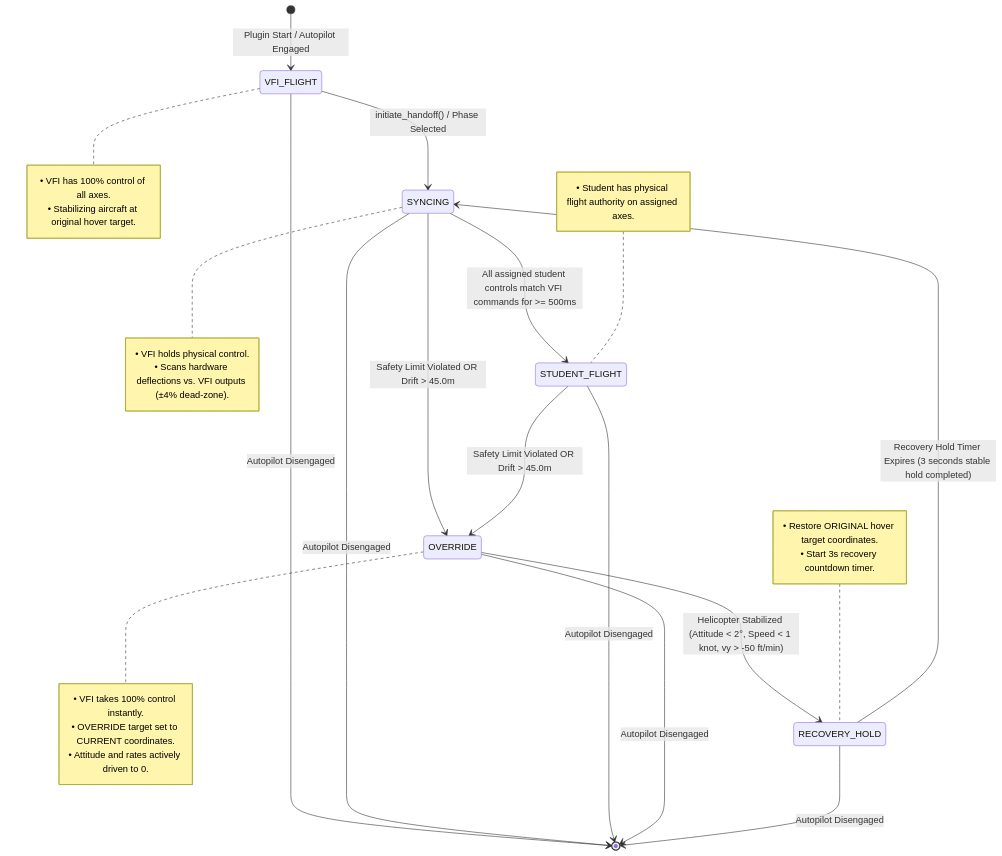
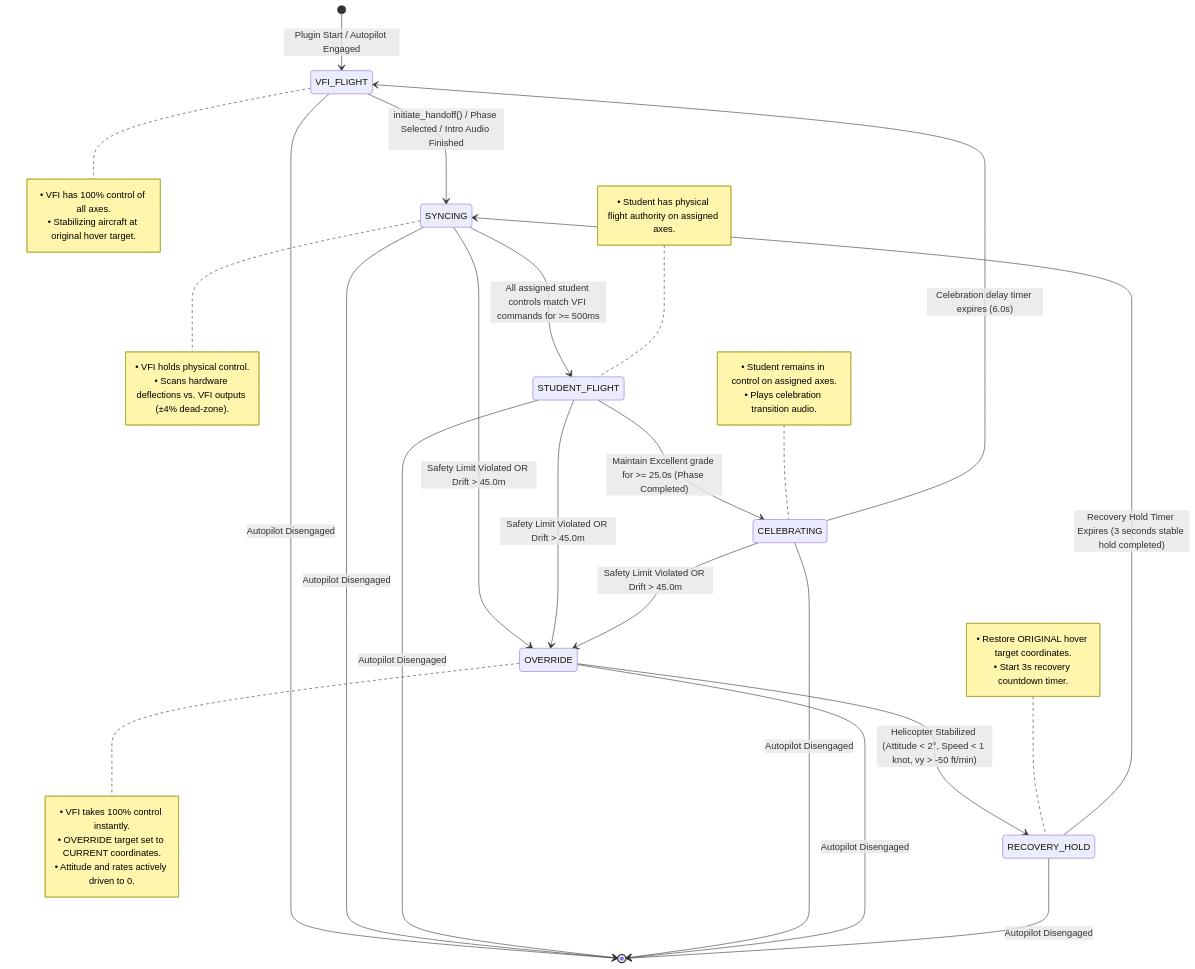
Before and after one commit to leczb/helicopter-instructor: the diagram in v2/docs/state_machine_diagram.md, drawn with Mermaid. The commit also changed other lines of this file and 2 other files, not shown here.

Commit message:
docs: update state machine diagram to reflect celebrating state (v2.1.66)

````diff
--- a/v2/docs/state_machine_diagram.md
+++ b/v2/docs/state_machine_diagram.md
@@ -9,42 +9,51 @@
 ```mermaid
 stateDiagram-v2
     [*] --> VFI_FLIGHT : Plugin Start / Autopilot Engaged
 
-    VFI_FLIGHT --> SYNCING : initiate_handoff() / Phase Selected
+    VFI_FLIGHT --> SYNCING : initiate_handoff() / Phase Selected / Intro Audio Finished
     note right of VFI_FLIGHT
         • VFI has 100% control of all axes.
         • Stabilizing aircraft at original hover target.
     end note
 
     SYNCING --> STUDENT_FLIGHT : All assigned student controls match VFI commands for >= 500ms
     SYNCING --> OVERRIDE : Safety Limit Violated OR Drift > 45.0m
     note right of SYNCING
         • VFI holds physical control.
         • Scans hardware deflections vs. VFI outputs (±4% dead-zone).
     end note
 
+    STUDENT_FLIGHT --> CELEBRATING : Maintain Excellent grade for >= 25.0s (Phase Completed)
     STUDENT_FLIGHT --> OVERRIDE : Safety Limit Violated OR Drift > 45.0m
     note left of STUDENT_FLIGHT
         • Student has physical flight authority on assigned axes.
+    end note
+
+    CELEBRATING --> VFI_FLIGHT : Celebration delay timer expires (6.0s)
+    CELEBRATING --> OVERRIDE : Safety Limit Violated OR Drift > 45.0m
+    note left of CELEBRATING
+        • Student remains in control on assigned axes.
+        • Plays celebration transition audio.
     end note
 
     OVERRIDE --> RECOVERY_HOLD : Helicopter Stabilized (Attitude < 2°, Speed < 1 knot, vy > -50 ft/min)
     note right of OVERRIDE
         • VFI takes 100% control instantly.
         • OVERRIDE target set to CURRENT coordinates.
         • Attitude and rates actively driven to 0.
     end note
 
     RECOVERY_HOLD --> SYNCING : Recovery Hold Timer Expires (3 seconds stable hold completed)
     note left of RECOVERY_HOLD
         • Restore ORIGINAL hover target coordinates.
         • Start 3s recovery countdown timer.
     end note
 
     %% Global Exit
     VFI_FLIGHT --> [*] : Autopilot Disengaged
     SYNCING --> [*] : Autopilot Disengaged
     STUDENT_FLIGHT --> [*] : Autopilot Disengaged
+    CELEBRATING --> [*] : Autopilot Disengaged
     OVERRIDE --> [*] : Autopilot Disengaged
     RECOVERY_HOLD --> [*] : Autopilot Disengaged
 ```
````
